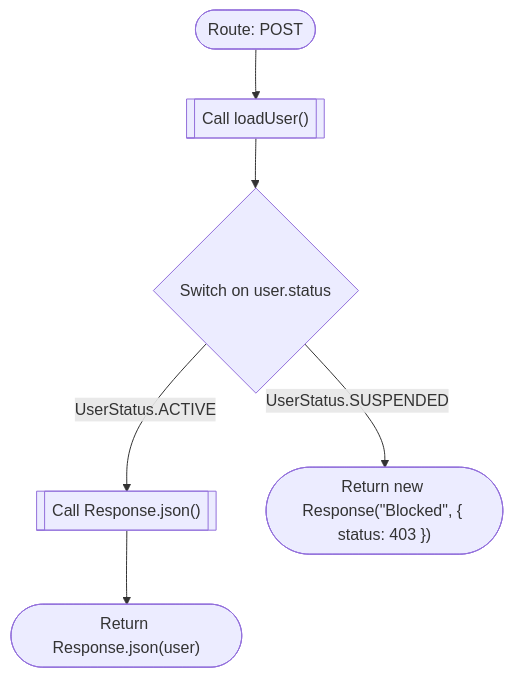
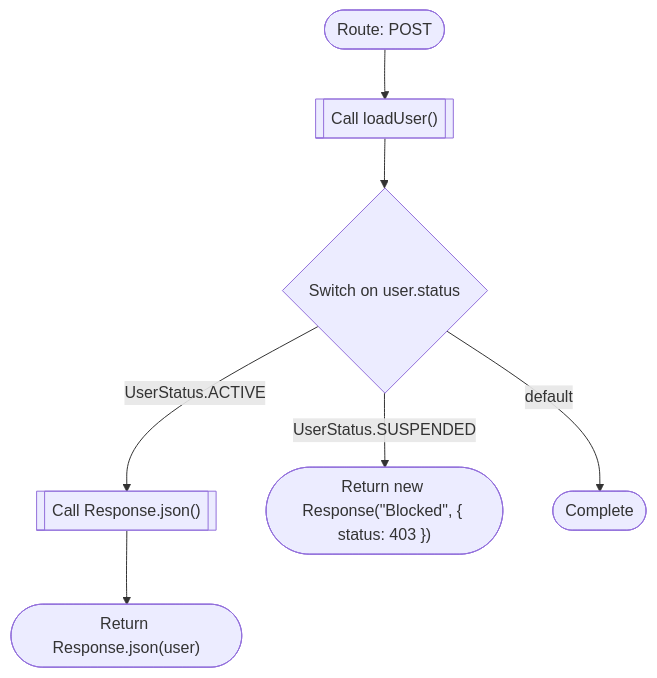
Before and after one commit to ferdinandobons/CodeDebrief: the fourth of 7 diagrams in examples/demo/logicchart-out/logic-flow.md, drawn with Mermaid. The commit also changed other lines of this file and 9 other files, not shown here.

````diff
--- a/examples/demo/logicchart-out/logic-flow.md
+++ b/examples/demo/logicchart-out/logic-flow.md
@@ -70,14 +70,16 @@
 ```mermaid
 flowchart TD
   mflow_3de3eacd67f96e64_n1(["Route: POST"])
   mflow_3de3eacd67f96e64_n2[["Call loadUser()"]]
   mflow_3de3eacd67f96e64_n3{"Switch on user.status"}
   mflow_3de3eacd67f96e64_n4[["Call Response.json()"]]
   mflow_3de3eacd67f96e64_n5(["Return Response.json(user)"])
   mflow_3de3eacd67f96e64_n6(["Return new Response(&quot;Blocked&quot;, { status: 403 })"])
+  mflow_3de3eacd67f96e64_n7(["Complete"])
   mflow_3de3eacd67f96e64_n1 --> mflow_3de3eacd67f96e64_n2
   mflow_3de3eacd67f96e64_n2 --> mflow_3de3eacd67f96e64_n3
   mflow_3de3eacd67f96e64_n3 -->|"UserStatus.ACTIVE"| mflow_3de3eacd67f96e64_n4
   mflow_3de3eacd67f96e64_n4 --> mflow_3de3eacd67f96e64_n5
   mflow_3de3eacd67f96e64_n3 -->|"UserStatus.SUSPENDED"| mflow_3de3eacd67f96e64_n6
+  mflow_3de3eacd67f96e64_n3 -->|"default"| mflow_3de3eacd67f96e64_n7
 ```
````
